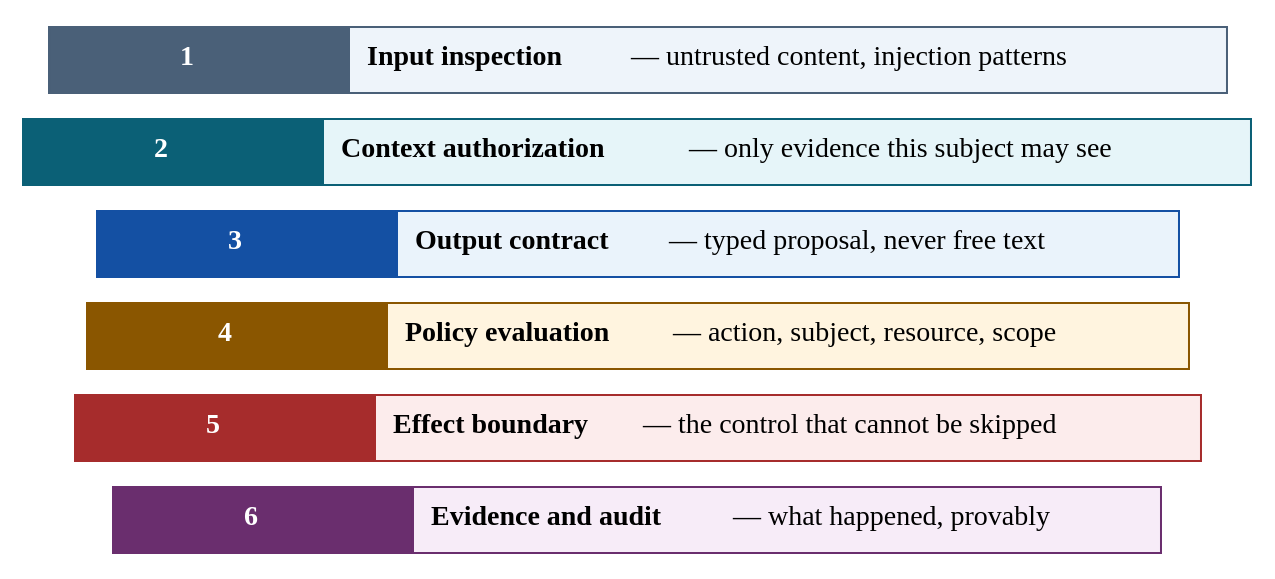
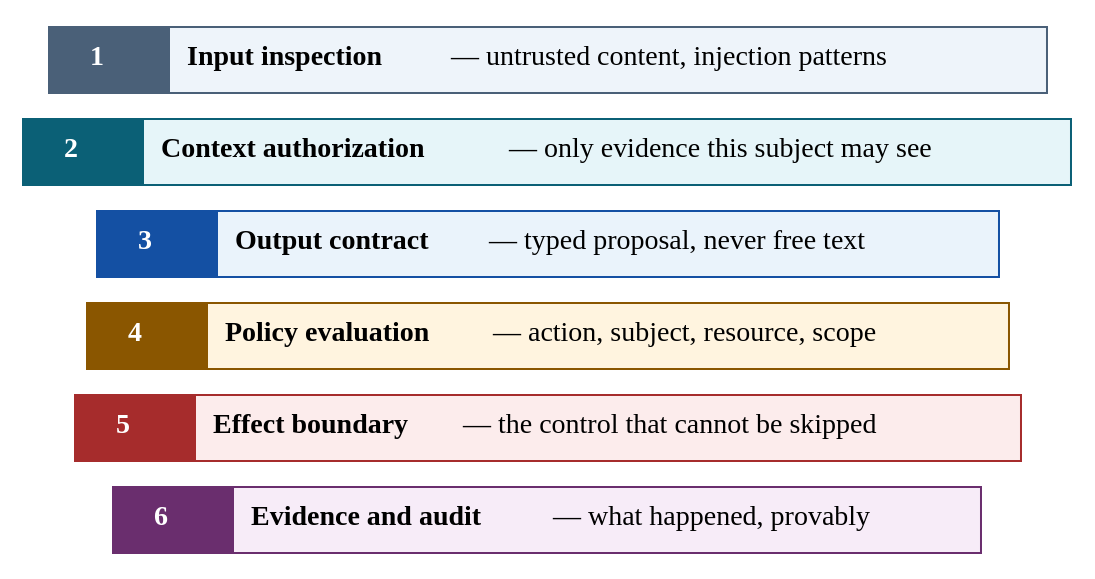
One commit to rrahimi-uci/building-enterprise-general-intelligence changed the diagram in assets/diagrams/src/security-depth.gv. Above: the diagram before and after it, drawn with Graphviz. The commit also changed 68 other files, not shown here.

First line of the commit message:
feat: redesign all 20 diagrams from editable sources, rendered as vectors

```diff
--- a/assets/diagrams/src/security-depth.gv
+++ b/assets/diagrams/src/security-depth.gv
@@ -1,29 +1,29 @@
 // Figure 20-1 — Defense-in-depth guardrails architecture.
 // Message: no single control is trusted. Each layer assumes the one above it
 // failed, and the last one sits at the effect boundary where it cannot be skipped.
 digraph security_depth {
   rankdir = TB
   graph [ranksep=0.14]
   node [shape=plaintext, style="", margin=0]
   edge [style=invis]
 
   l1 [label=<<TABLE BORDER="0" CELLBORDER="1" CELLSPACING="0" CELLPADDING="8" COLOR="#4A6078" BGCOLOR="#EEF4FA">
-     <TR><TD WIDTH="150" BGCOLOR="#4A6078"><FONT COLOR="white"><B> 1 </B></FONT></TD>
-         <TD WIDTH="330" ALIGN="LEFT"><B>Input inspection</B> — untrusted content, injection patterns</TD></TR></TABLE>>]
+     <TR><TD WIDTH="60" BGCOLOR="#4A6078"><FONT COLOR="white"><B> 1 </B></FONT></TD>
+         <TD WIDTH="290" ALIGN="LEFT"><B>Input inspection</B> — untrusted content, injection patterns</TD></TR></TABLE>>]
   l2 [label=<<TABLE BORDER="0" CELLBORDER="1" CELLSPACING="0" CELLPADDING="8" COLOR="#0B6076" BGCOLOR="#E6F5F9">
-     <TR><TD WIDTH="150" BGCOLOR="#0B6076"><FONT COLOR="white"><B> 2 </B></FONT></TD>
-         <TD WIDTH="330" ALIGN="LEFT"><B>Context authorization</B> — only evidence this subject may see</TD></TR></TABLE>>]
+     <TR><TD WIDTH="60" BGCOLOR="#0B6076"><FONT COLOR="white"><B> 2 </B></FONT></TD>
+         <TD WIDTH="290" ALIGN="LEFT"><B>Context authorization</B> — only evidence this subject may see</TD></TR></TABLE>>]
   l3 [label=<<TABLE BORDER="0" CELLBORDER="1" CELLSPACING="0" CELLPADDING="8" COLOR="#1450A3" BGCOLOR="#EAF3FB">
-     <TR><TD WIDTH="150" BGCOLOR="#1450A3"><FONT COLOR="white"><B> 3 </B></FONT></TD>
-         <TD WIDTH="330" ALIGN="LEFT"><B>Output contract</B> — typed proposal, never free text</TD></TR></TABLE>>]
+     <TR><TD WIDTH="60" BGCOLOR="#1450A3"><FONT COLOR="white"><B> 3 </B></FONT></TD>
+         <TD WIDTH="290" ALIGN="LEFT"><B>Output contract</B> — typed proposal, never free text</TD></TR></TABLE>>]
   l4 [label=<<TABLE BORDER="0" CELLBORDER="1" CELLSPACING="0" CELLPADDING="8" COLOR="#8A5600" BGCOLOR="#FFF4DF">
-     <TR><TD WIDTH="150" BGCOLOR="#8A5600"><FONT COLOR="white"><B> 4 </B></FONT></TD>
-         <TD WIDTH="330" ALIGN="LEFT"><B>Policy evaluation</B> — action, subject, resource, scope</TD></TR></TABLE>>]
+     <TR><TD WIDTH="60" BGCOLOR="#8A5600"><FONT COLOR="white"><B> 4 </B></FONT></TD>
+         <TD WIDTH="290" ALIGN="LEFT"><B>Policy evaluation</B> — action, subject, resource, scope</TD></TR></TABLE>>]
   l5 [label=<<TABLE BORDER="0" CELLBORDER="1" CELLSPACING="0" CELLPADDING="8" COLOR="#A62C2C" BGCOLOR="#FCECEC">
-     <TR><TD WIDTH="150" BGCOLOR="#A62C2C"><FONT COLOR="white"><B> 5 </B></FONT></TD>
-         <TD WIDTH="330" ALIGN="LEFT"><B>Effect boundary</B> — the control that cannot be skipped</TD></TR></TABLE>>]
+     <TR><TD WIDTH="60" BGCOLOR="#A62C2C"><FONT COLOR="white"><B> 5 </B></FONT></TD>
+         <TD WIDTH="290" ALIGN="LEFT"><B>Effect boundary</B> — the control that cannot be skipped</TD></TR></TABLE>>]
   l6 [label=<<TABLE BORDER="0" CELLBORDER="1" CELLSPACING="0" CELLPADDING="8" COLOR="#6A2E6E" BGCOLOR="#F7ECF8">
-     <TR><TD WIDTH="150" BGCOLOR="#6A2E6E"><FONT COLOR="white"><B> 6 </B></FONT></TD>
-         <TD WIDTH="330" ALIGN="LEFT"><B>Evidence and audit</B> — what happened, provably</TD></TR></TABLE>>]
+     <TR><TD WIDTH="60" BGCOLOR="#6A2E6E"><FONT COLOR="white"><B> 6 </B></FONT></TD>
+         <TD WIDTH="290" ALIGN="LEFT"><B>Evidence and audit</B> — what happened, provably</TD></TR></TABLE>>]
   l1 -> l2 -> l3 -> l4 -> l5 -> l6
 }
```
